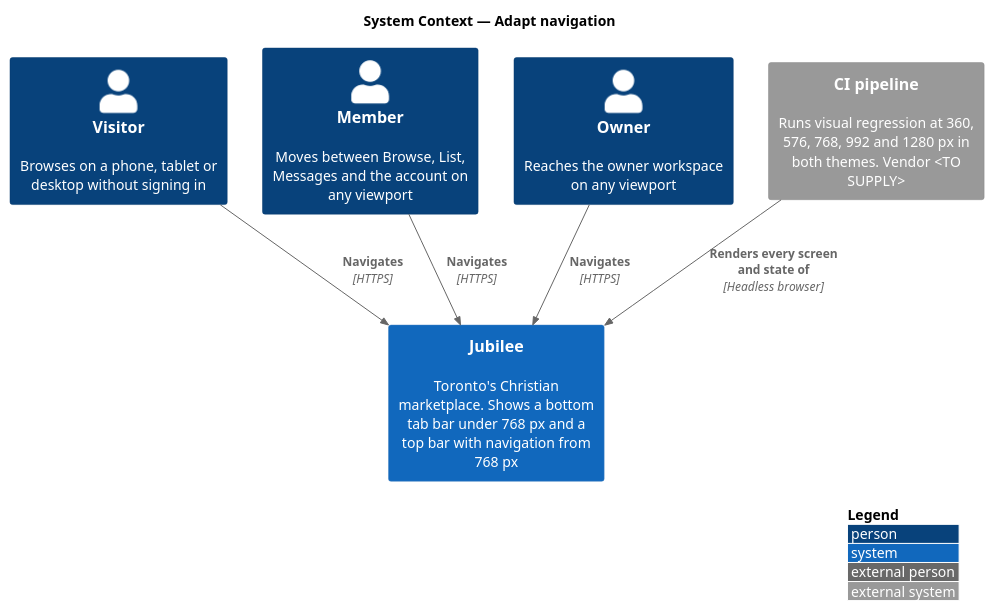
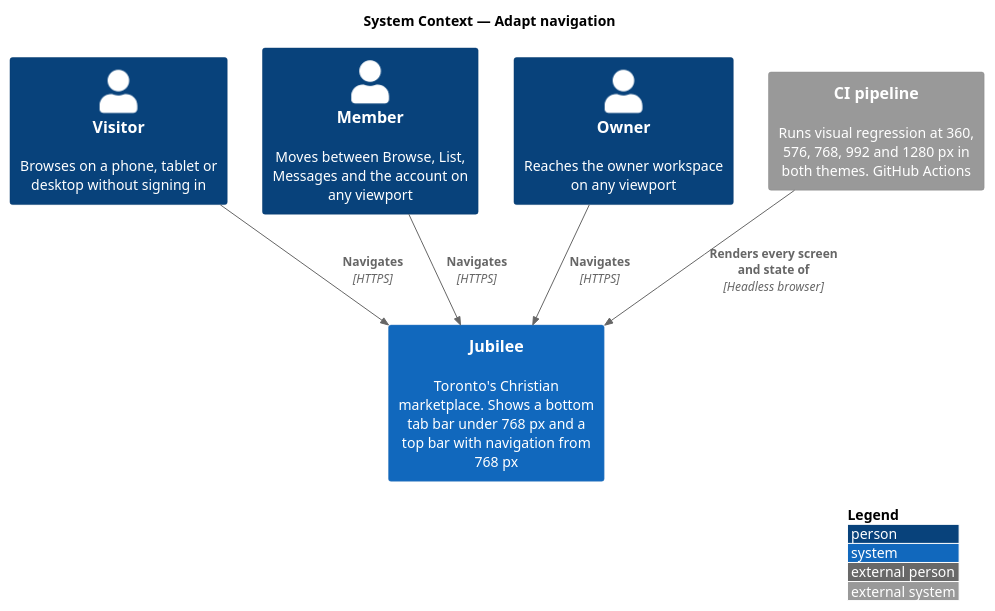
Before and after one commit to QuinntyneBrown/jubilee: the diagram in docs/detailed-designs/responsive-design/adapt-navigation/diagrams/c4-context.puml, drawn with PlantUML. The commit also changed 28 other files, not shown here.

```diff
--- a/docs/detailed-designs/responsive-design/adapt-navigation/diagrams/c4-context.puml
+++ b/docs/detailed-designs/responsive-design/adapt-navigation/diagrams/c4-context.puml
@@ -1,16 +1,16 @@
 @startuml
 !include <C4/C4_Context>
 LAYOUT_WITH_LEGEND()
 title System Context — Adapt navigation
 
 Person(visitor, "Visitor", "Browses on a phone, tablet or desktop without signing in")
 Person(member, "Member", "Moves between Browse, List, Messages and the account on any viewport")
 Person(owner, "Owner", "Reaches the owner workspace on any viewport")
 System(jubilee, "Jubilee", "Toronto's Christian marketplace. Shows a bottom tab bar under 768 px and a top bar with navigation from 768 px")
-System_Ext(ci, "CI pipeline", "Runs visual regression at 360, 576, 768, 992 and 1280 px in both themes. Vendor <TO SUPPLY>")
+System_Ext(ci, "CI pipeline", "Runs visual regression at 360, 576, 768, 992 and 1280 px in both themes. GitHub Actions")
 
 Rel(visitor, jubilee, "Navigates", "HTTPS")
 Rel(member, jubilee, "Navigates", "HTTPS")
 Rel(owner, jubilee, "Navigates", "HTTPS")
 Rel(ci, jubilee, "Renders every screen and state of", "Headless browser")
 @enduml
```
